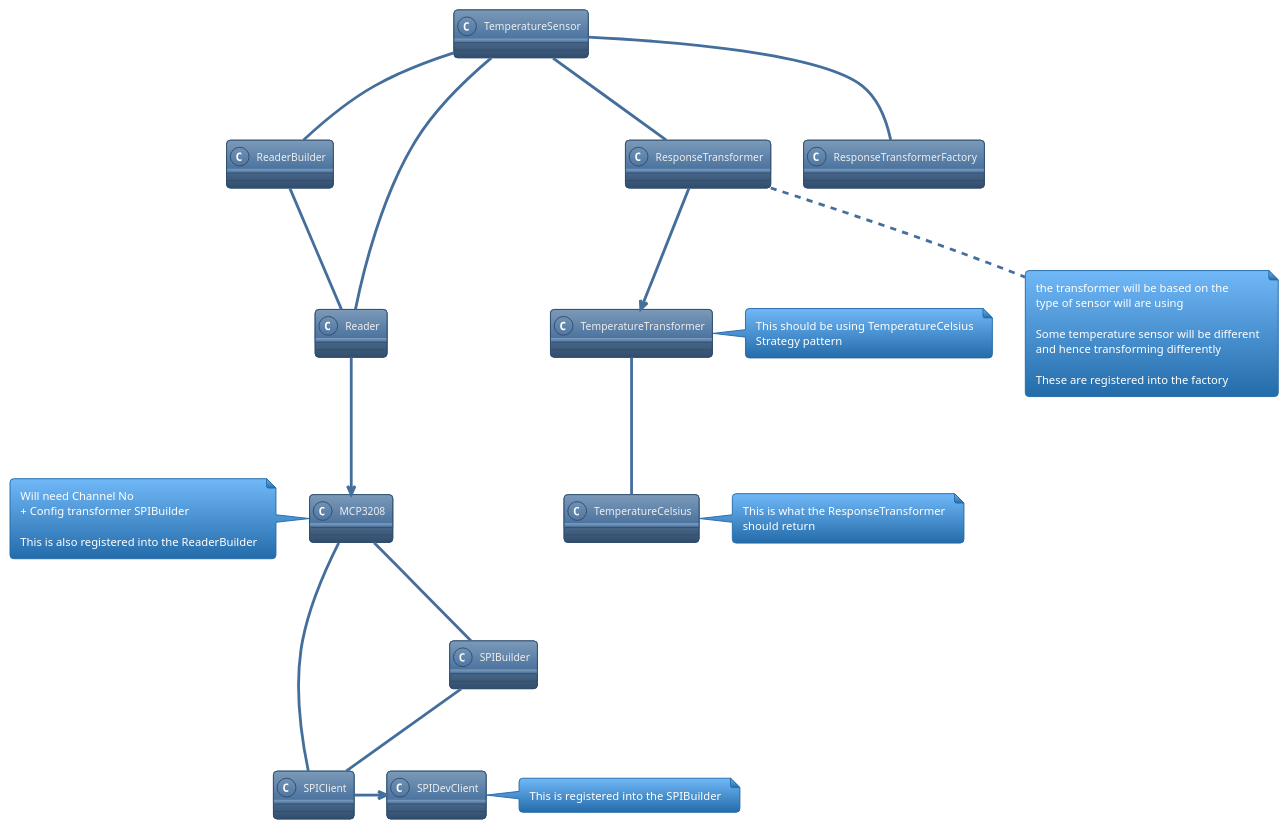
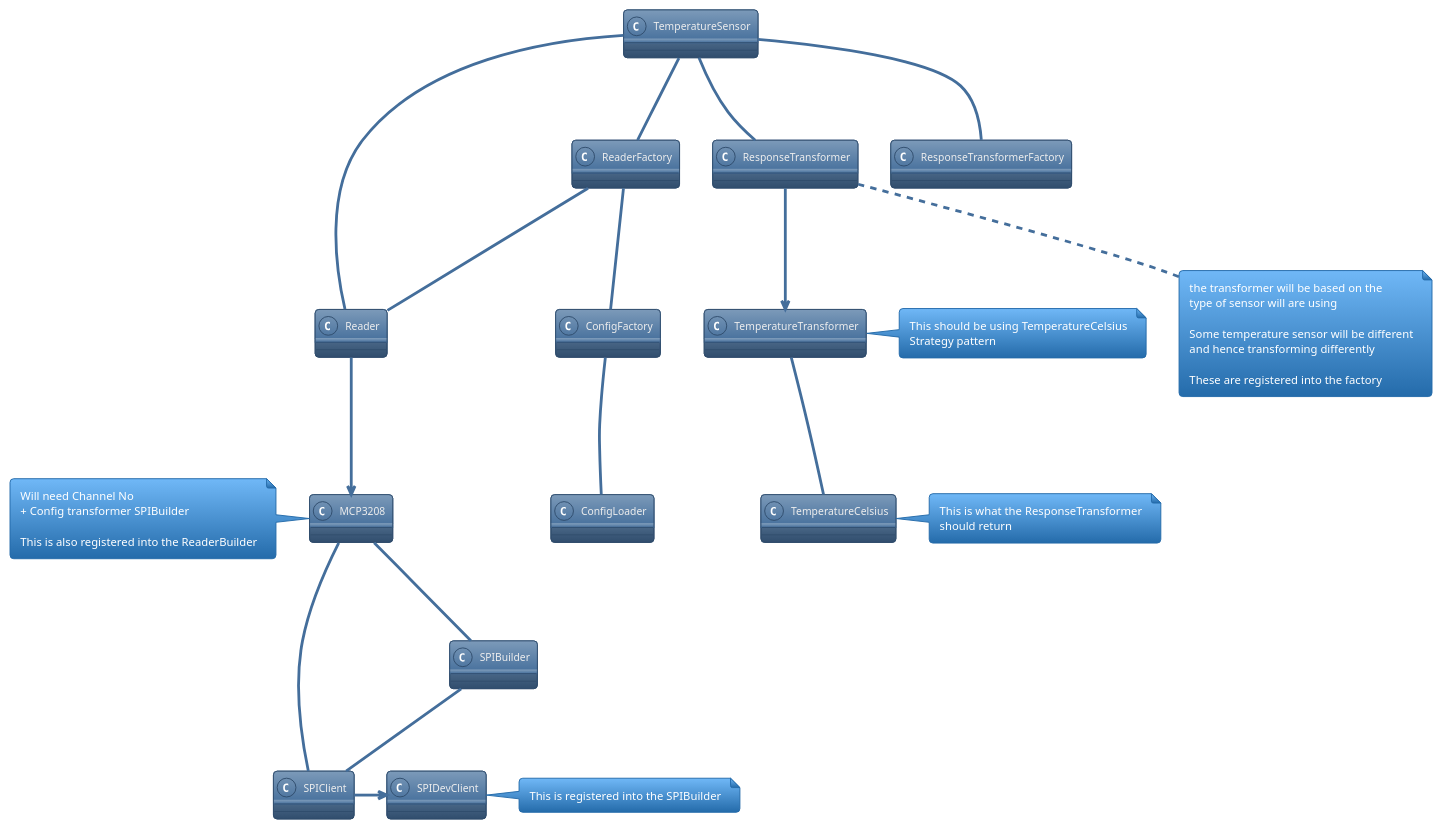
One commit to OODesigns/universal-control-hub changed the diagram in designs/SPI Domain.puml. Above: the diagram before and after it, drawn with PlantUML. The commit also changed 30 other files, not shown here.

```diff
--- a/designs/SPI Domain.puml
+++ b/designs/SPI Domain.puml
@@ -1,67 +1,70 @@
 @startuml
 'https://plantuml.com/class-diagram
 !theme spacelab
 
 class MCP3208 {}
 note left
  Will need Channel No
  + Config transformer SPIBuilder
 
  This is also registered into the ReaderBuilder
 end note
 
 class SPIBuilder {}
 
 class TemperatureSensor{}
 
 class TemperatureCelsius{}
 note right
  This is what the ResponseTransformer
  should return
 end note
 
 
 class SPIClient{}
 
 class SPIDevClient{}
 note right
  This is registered into the SPIBuilder
 end note
 
-class ReaderBuilder{}
+class ConfigFactory{}
+class ReaderFactory{}
 class Reader{}
 
 class ResponseTransformer{}
 note bottom
  the transformer will be based on the
  type of sensor will are using
 
  Some temperature sensor will be different
  and hence transforming differently
 
  These are registered into the factory
 end note
 
 class ResponseTransformerFactory{}
 
 class TemperatureTransformer{}
 note right
   This should be using TemperatureCelsius
   Strategy pattern
 end note
 
 MCP3208 -- SPIClient : executes command on
 MCP3208 -- SPIBuilder: requests a client from
 SPIClient -> SPIDevClient
 SPIBuilder -- SPIClient : Creates
 TemperatureSensor -- Reader :requests and reads response from
-TemperatureSensor -- ReaderBuilder
+TemperatureSensor -- ReaderFactory
 Reader --> MCP3208 : requests and reads response from
-ReaderBuilder -- Reader: Creates
+ReaderFactory -- Reader: Creates
+ConfigFactory -- ConfigLoader: load based on reader + sensor name
+ReaderFactory -- ConfigFactory
 TemperatureSensor -- ResponseTransformer: transforms the response from the reader
 TemperatureSensor -- ResponseTransformerFactory
 ResponseTransformer --> TemperatureTransformer
 TemperatureTransformer -- TemperatureCelsius
 
 
 @enduml
```
